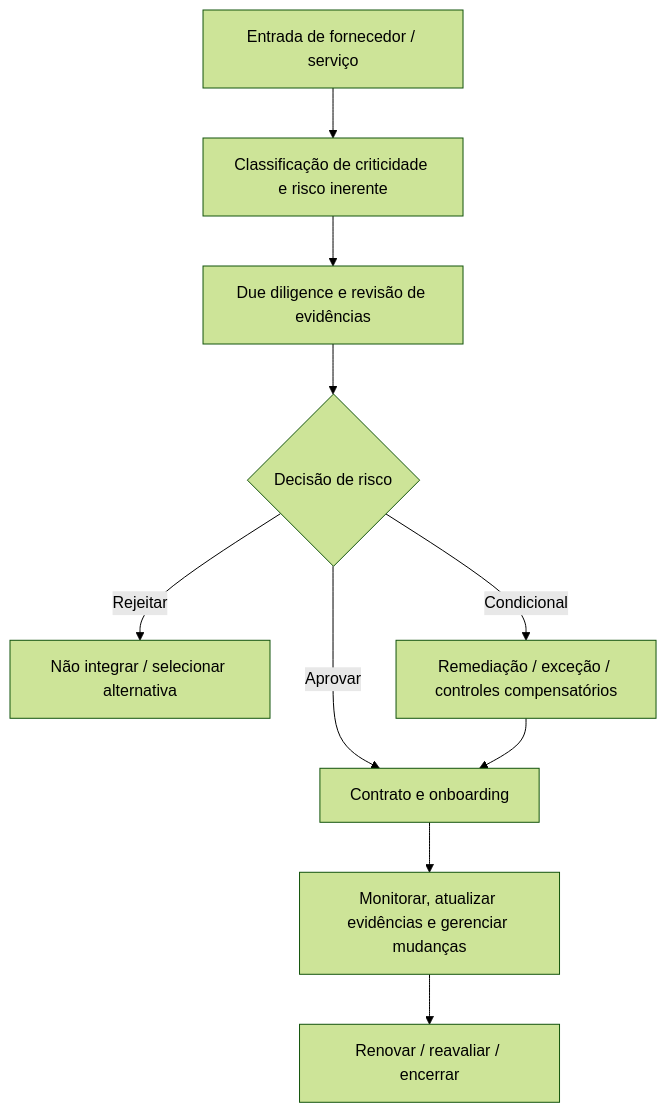
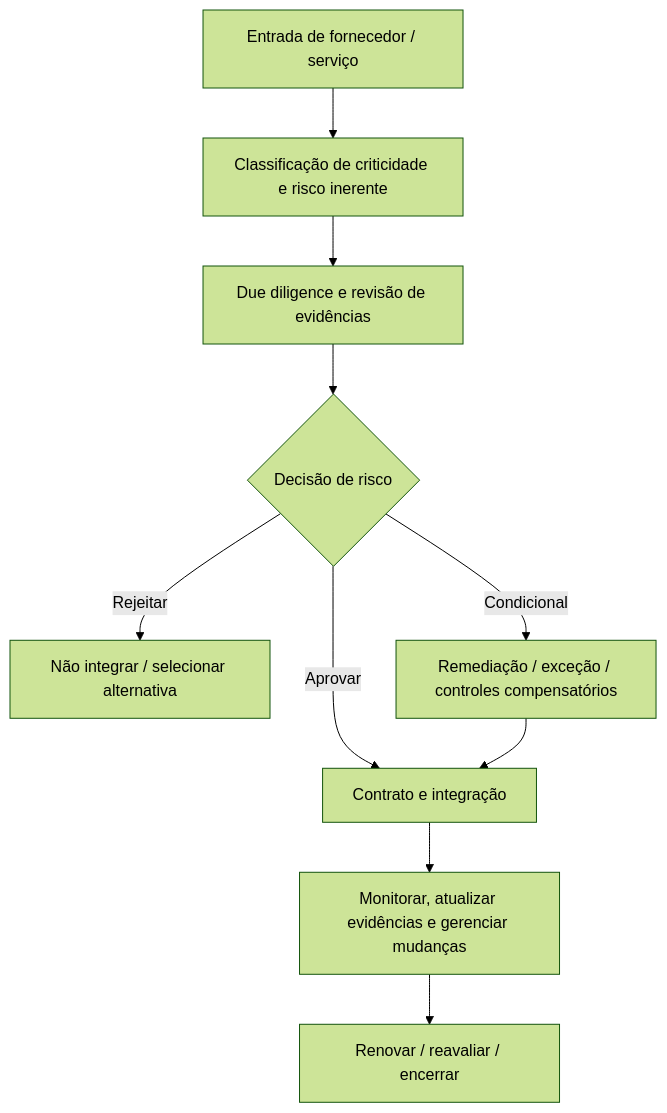
The first of 3 diagrams in 07-third-party-risk/Vendor_Risk_Lifecycle/Portuguese_pt-BR/source/CAMINHOS_DE_IMPLEMENTACAO_MANUAL_08.md (Chpmunk31456/GRC-Practical-Manuals), drawn with Mermaid (forest theme) before and after one commit. The commit also changed other lines of this file, not shown here.

````diff
--- a/07-third-party-risk/Vendor_Risk_Lifecycle/Portuguese_pt-BR/source/CAMINHOS_DE_IMPLEMENTACAO_MANUAL_08.md
+++ b/07-third-party-risk/Vendor_Risk_Lifecycle/Portuguese_pt-BR/source/CAMINHOS_DE_IMPLEMENTACAO_MANUAL_08.md
@@ -45,12 +45,12 @@
 ```mermaid
 flowchart TD
     A["Entrada de fornecedor / serviço"] --> B["Classificação de criticidade e risco inerente"]
     B --> C["Due diligence e revisão de evidências"]
     C --> D{"Decisão de risco"}
     D -->|"Rejeitar"| E["Não integrar / selecionar alternativa"]
     D -->|"Condicional"| F["Remediação / exceção / controles compensatórios"]
-    D -->|"Aprovar"| G["Contrato e onboarding"]
+    D -->|"Aprovar"| G["Contrato e integração"]
     F --> G
     G --> H["Monitorar, atualizar evidências e gerenciar mudanças"]
     H --> I["Renovar / reavaliar / encerrar"]
 ```
````
